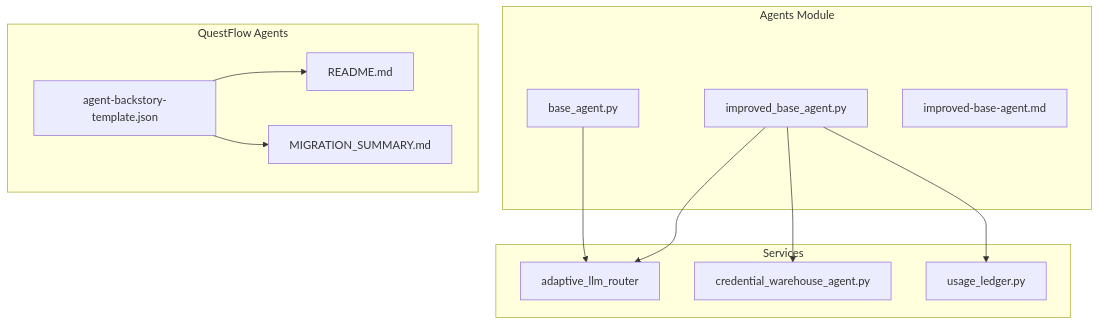
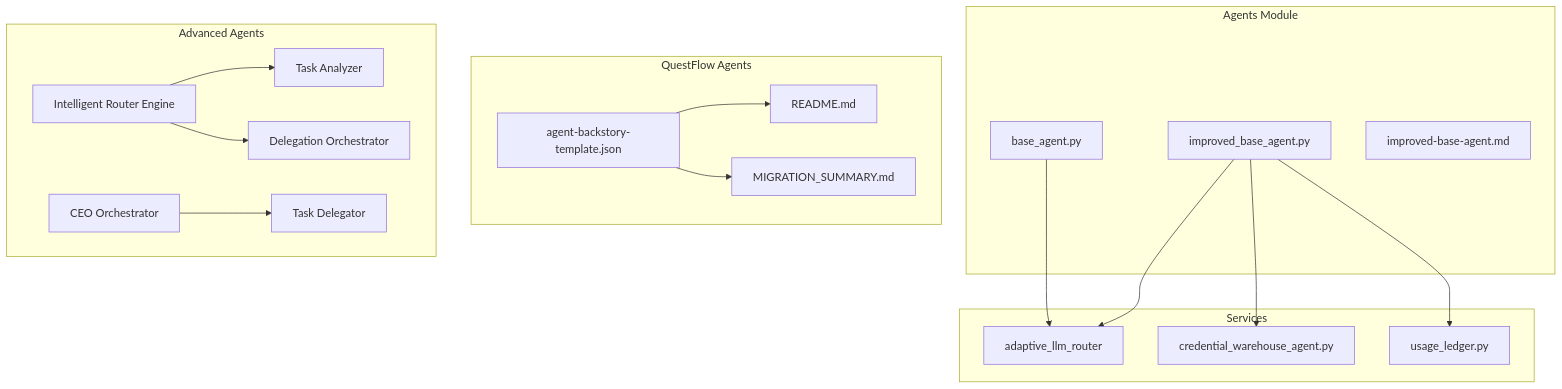
One commit to 371-Minds/os changed the first of 9 diagrams in .qoder/repowiki/en/content/Agent Ecosystem/Base Agent Implementation.md. Above: the diagram before and after it, drawn with Mermaid. The commit also changed other lines of this file and 28 other files, not shown here.

````diff
--- a/.qoder/repowiki/en/content/Agent Ecosystem/Base Agent Implementation.md
+++ b/.qoder/repowiki/en/content/Agent Ecosystem/Base Agent Implementation.md
@@ -50,24 +61,34 @@
 ```mermaid
 graph TD
 subgraph "Agents Module"
 BA[base_agent.py]
 IBA[improved_base_agent.py]
 MD[improved-base-agent.md]
 end
 subgraph "Services"
 ALR[adaptive_llm_router]
 CW[credential_warehouse_agent.py]
 UL[usage_ledger.py]
 end
 subgraph "QuestFlow Agents"
 CT[agent-backstory-template.json]
 RM[README.md]
 MS[MIGRATION_SUMMARY.md]
 end
+subgraph "Advanced Agents"
+IRE[Intelligent Router Engine]
+TA[Task Analyzer]
+DS[Delegation Orchestrator]
+CO[CEO Orchestrator]
+DL[Task Delegator]
+end
 BA --> ALR
 IBA --> ALR
 IBA --> CW
 IBA --> UL
 CT --> RM
 CT --> MS
+IRE --> TA
+IRE --> DS
+CO --> DL
 ```
````
